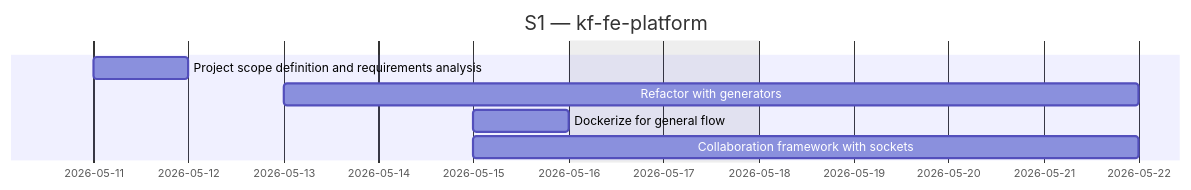
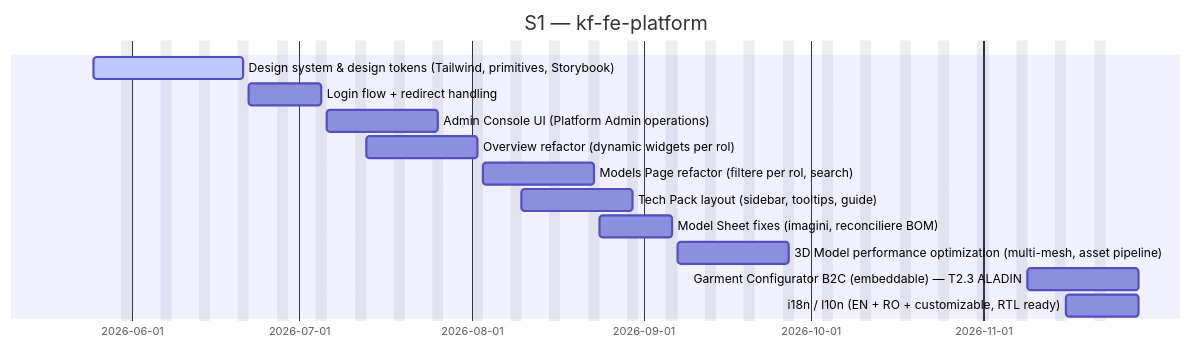
The second of 3 diagrams in docs/_projects/kf-fe-platform.md (Katty-Fashion/kf-cpto), drawn with Mermaid before and after one commit. The commit also changed other lines of this file and 10 other files, not shown here.

````diff
--- a/docs/_projects/kf-fe-platform.md
+++ b/docs/_projects/kf-fe-platform.md
@@ -62,11 +78,17 @@
 ```mermaid
 gantt
     title S1 — kf-fe-platform
     dateFormat YYYY-MM-DD
     excludes weekends
 
-    Project scope definition and requirements analysis :2026-05-11, 2026-05-12
-    Refactor with generators :2026-05-13, 2026-05-22
-    Dockerize for general flow :2026-05-15, 2026-05-16
-    Collaboration framework with sockets :2026-05-15, 2026-05-22
+    Design system & design tokens (Tailwind, primitives, Storybook) :active, 2026-05-25, 2026-06-21
+    Login flow + redirect handling :2026-06-22, 2026-07-05
+    Admin Console UI (Platform Admin operations) :2026-07-06, 2026-07-26
+    Overview refactor (dynamic widgets per rol) :2026-07-13, 2026-08-02
+    Models Page refactor (filtere per rol, search) :2026-08-03, 2026-08-23
+    Tech Pack layout (sidebar, tooltips, guide) :2026-08-10, 2026-08-30
+    Model Sheet fixes (imagini, reconciliere BOM) :2026-08-24, 2026-09-06
+    3D Model performance optimization (multi-mesh, asset pipeline) :2026-09-07, 2026-09-27
+    Garment Configurator B2C (embeddable) — T2.3 ALADIN :2026-11-09, 2026-11-29
+    i18n / l10n (EN + RO + customizable, RTL ready) :2026-11-16, 2026-11-29
 ```
````
